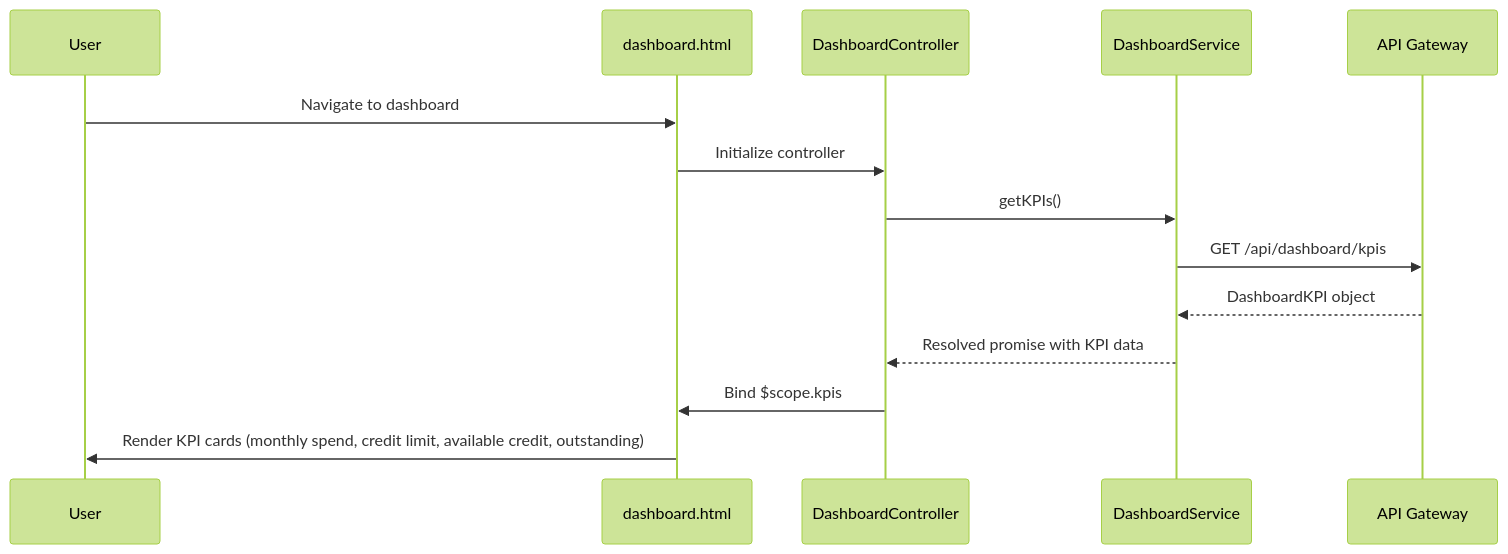
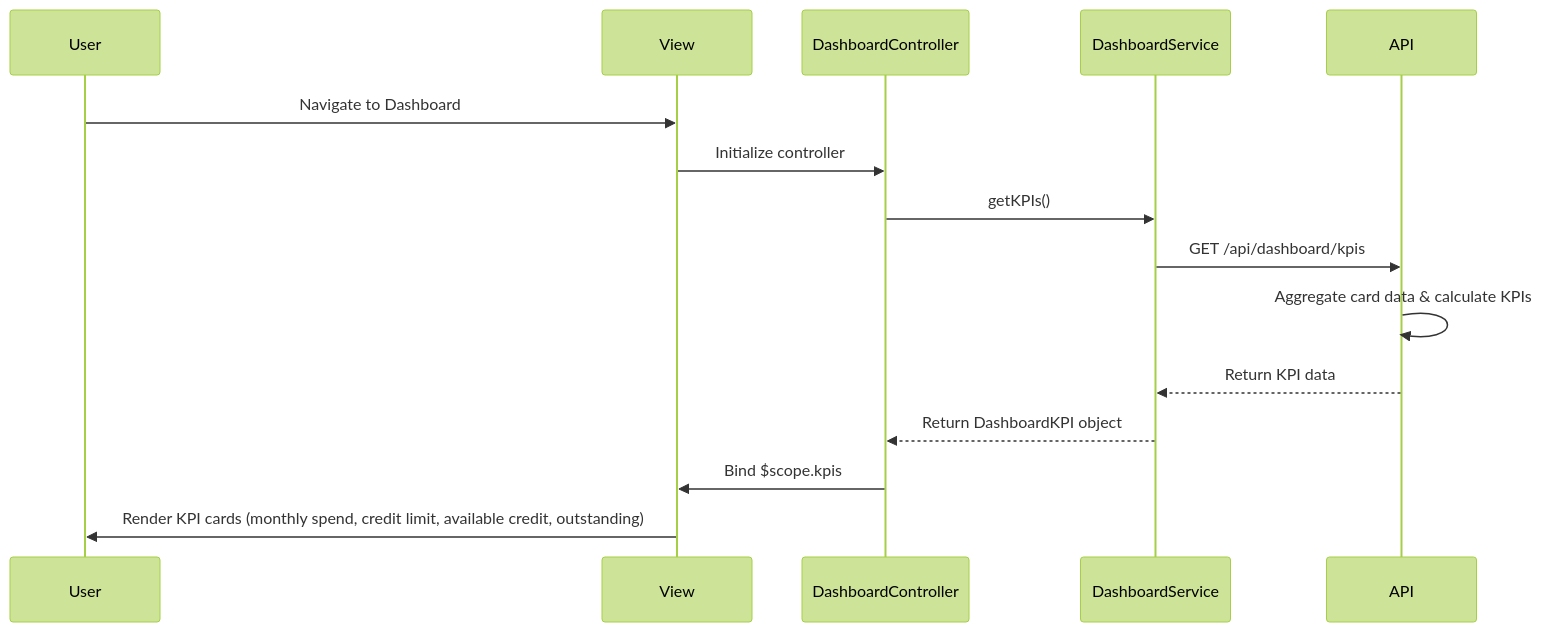
One commit to Davamani-git/APB_Demo changed the diagram in LLD/QE-4860_LLD.md. Above: the diagram before and after it, drawn with Mermaid (forest theme). The commit also changed other lines of this file, not shown here.

````diff
--- a/LLD/QE-4860_LLD.md
+++ b/LLD/QE-4860_LLD.md
@@ -64,17 +66,18 @@
 ```mermaid
 sequenceDiagram
     participant User
-    participant View as dashboard.html
-    participant Controller as DashboardController
-    participant Service as DashboardService
-    participant API as API Gateway
+    participant View
+    participant DashboardController
+    participant DashboardService
+    participant API
     
-    User->>View: Navigate to dashboard
-    View->>Controller: Initialize controller
-    Controller->>Service: getKPIs()
-    Service->>API: GET /api/dashboard/kpis
-    API-->>Service: DashboardKPI object
-    Service-->>Controller: Resolved promise with KPI data
-    Controller->>View: Bind $scope.kpis
+    User->>View: Navigate to Dashboard
+    View->>DashboardController: Initialize controller
+    DashboardController->>DashboardService: getKPIs()
+    DashboardService->>API: GET /api/dashboard/kpis
+    API->>API: Aggregate card data & calculate KPIs
+    API-->>DashboardService: Return KPI data
+    DashboardService-->>DashboardController: Return DashboardKPI object
+    DashboardController->>View: Bind $scope.kpis
     View->>User: Render KPI cards (monthly spend, credit limit, available credit, outstanding)
 ```
````
